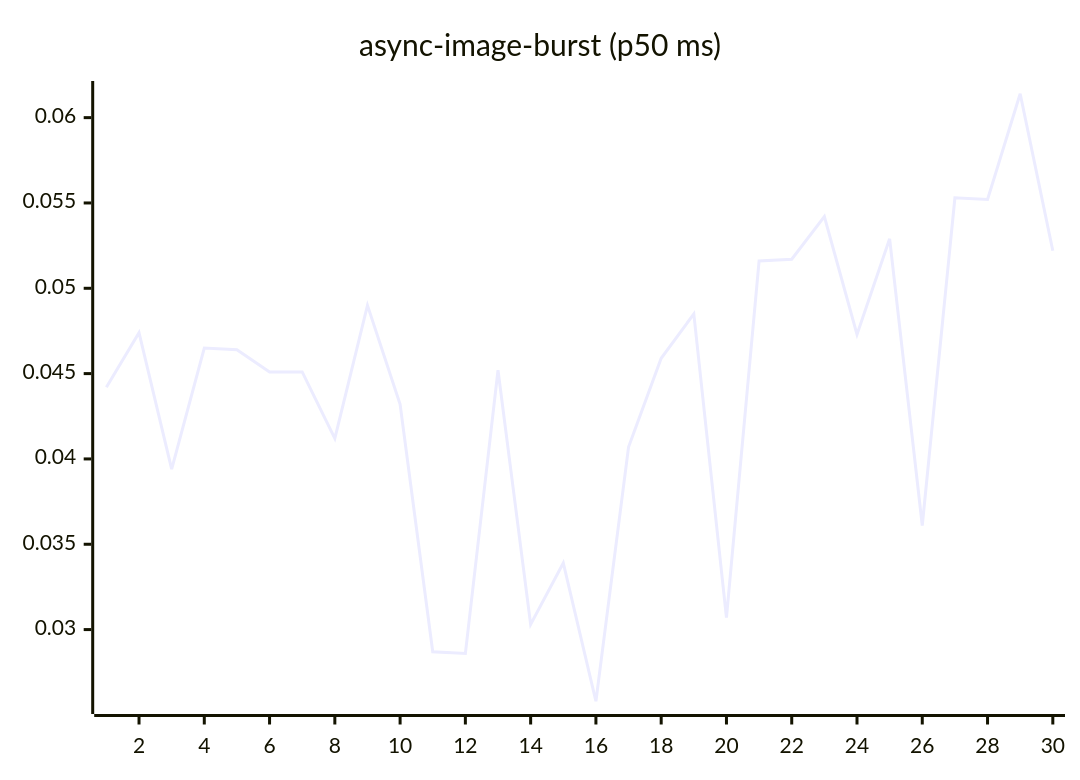
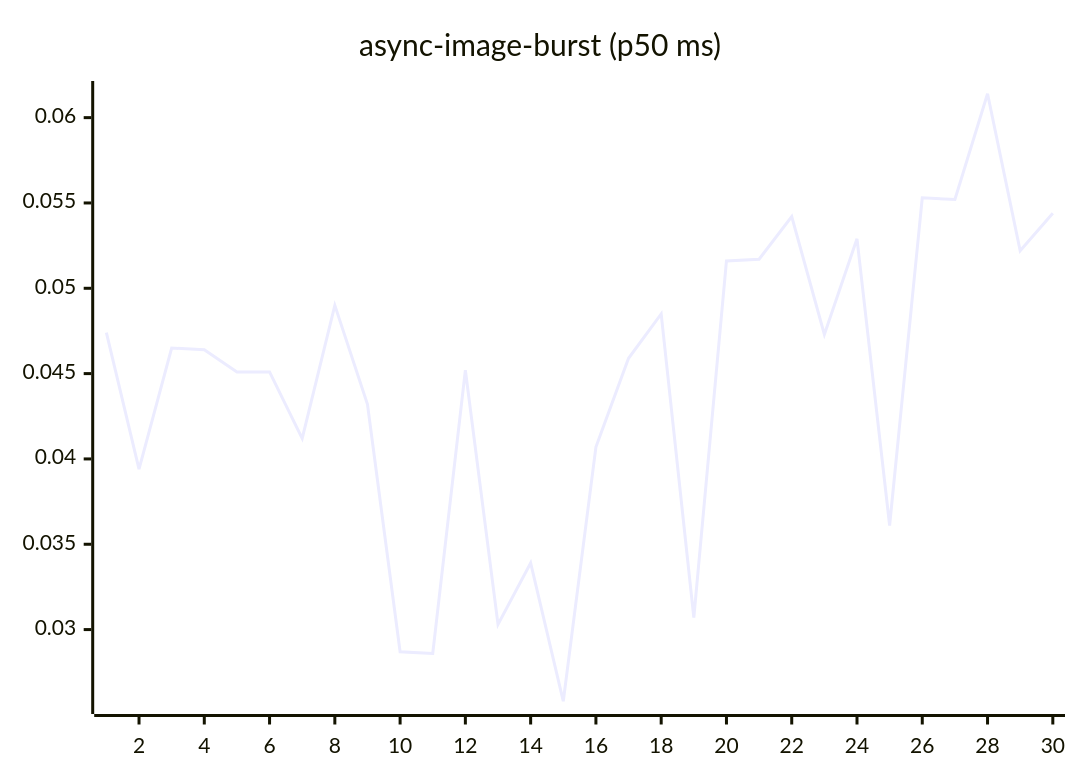
Before and after one commit to josha/Facet: the fourth of 27 diagrams in README.md, drawn with Mermaid. The commit also changed other lines of this file and 2 other files, not shown here.

````diff
--- a/README.md
+++ b/README.md
@@ -84,6 +84,6 @@
 ```mermaid
 xychart-beta
     title "async-image-burst (p50 ms)"
     x-axis 1 --> 30
-    line [0.0442, 0.0474, 0.0394, 0.0465, 0.0464, 0.0451, 0.0451, 0.0412, 0.0490, 0.0432, 0.0287, 0.0286, 0.0452, 0.0303, 0.0339, 0.0258, 0.0407, 0.0459, 0.0485, 0.0307, 0.0516, 0.0517, 0.0542, 0.0473, 0.0529, 0.0361, 0.0553, 0.0552, 0.0614, 0.0522]
+    line [0.0474, 0.0394, 0.0465, 0.0464, 0.0451, 0.0451, 0.0412, 0.0490, 0.0432, 0.0287, 0.0286, 0.0452, 0.0303, 0.0339, 0.0258, 0.0407, 0.0459, 0.0485, 0.0307, 0.0516, 0.0517, 0.0542, 0.0473, 0.0529, 0.0361, 0.0553, 0.0552, 0.0614, 0.0522, 0.0544]
 ```
````
